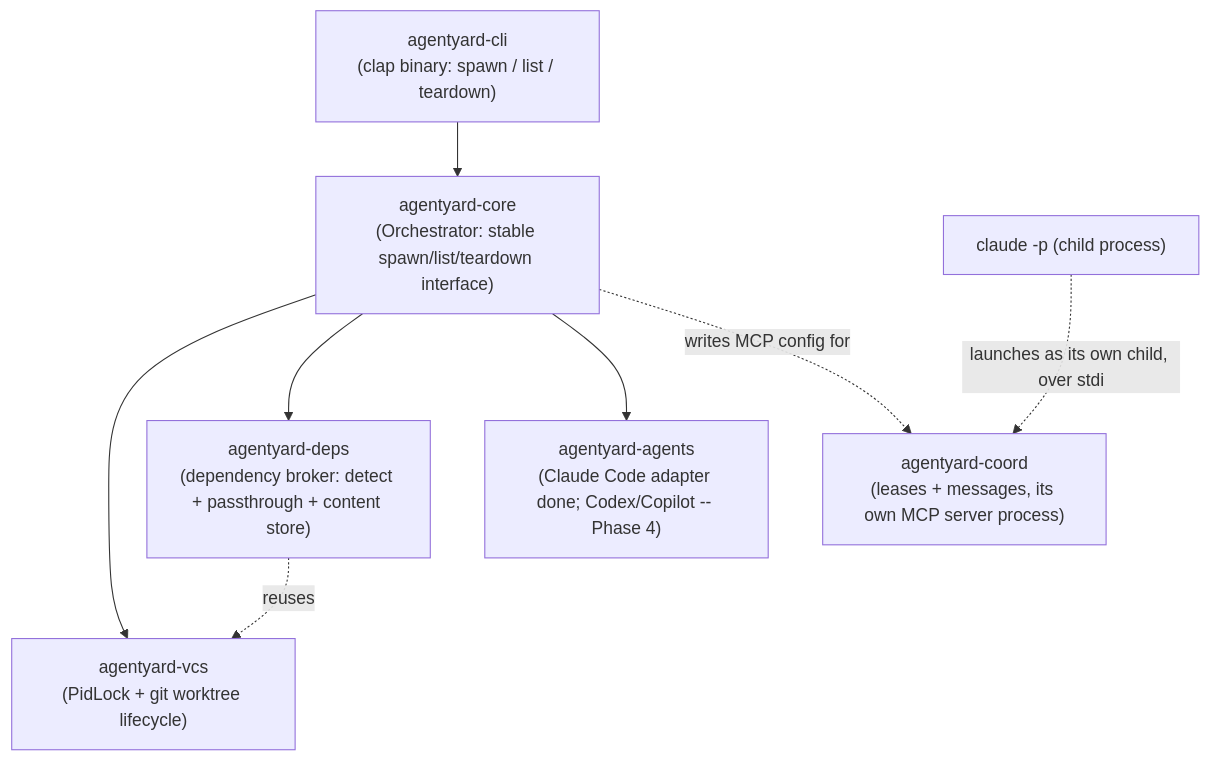
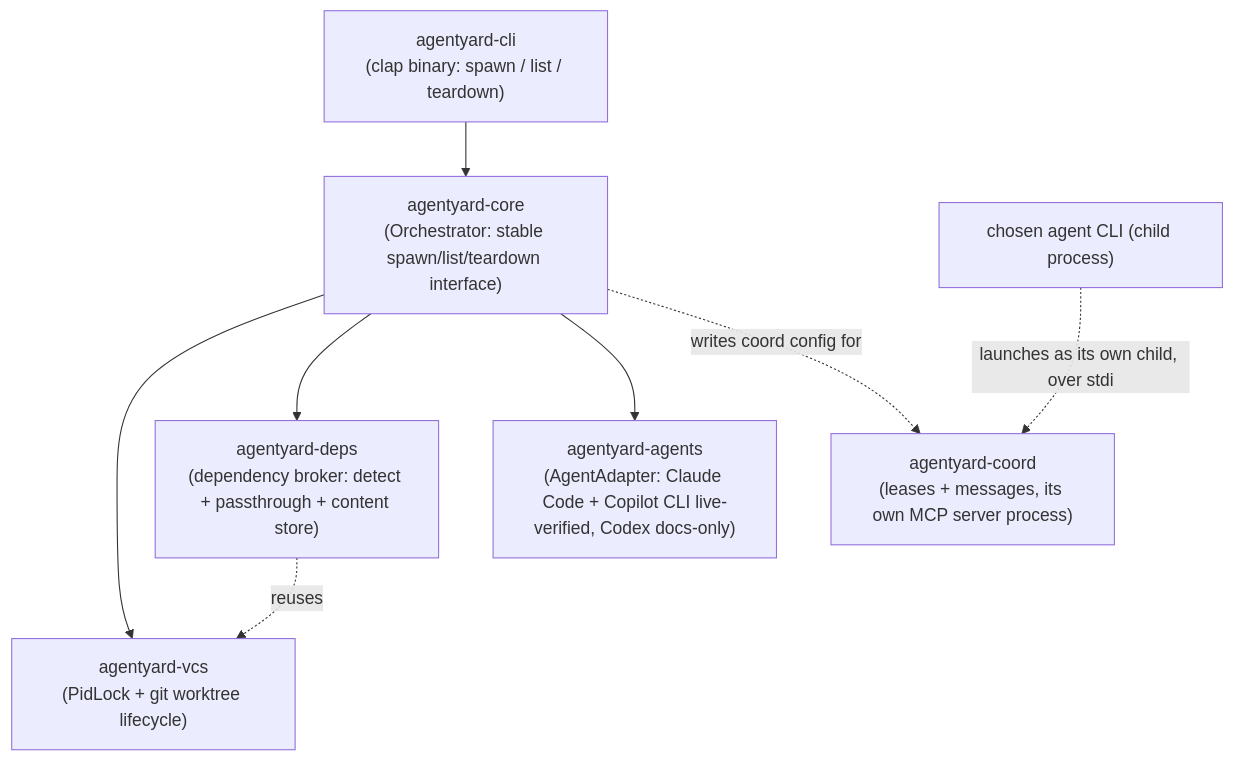
The first of 3 diagrams in README.md (zekariasasaminew/pact), drawn with Mermaid before and after one commit. The commit also changed other lines of this file, not shown here.

First line of the commit message:
Document Phase 4: Copilot CLI + Codex adapters, CLI polish

````diff
--- a/README.md
+++ b/README.md
@@ -186,17 +221,17 @@
 ```mermaid
 graph TD
     CLI["agentyard-cli<br/>(clap binary: spawn / list / teardown)"]
     Core["agentyard-core<br/>(Orchestrator: stable spawn/list/teardown interface)"]
     VCS["agentyard-vcs<br/>(PidLock + git worktree lifecycle)"]
     Deps["agentyard-deps<br/>(dependency broker: detect + passthrough + content store)"]
-    Agents["agentyard-agents<br/>(Claude Code adapter done; Codex/Copilot -- Phase 4)"]
+    Agents["agentyard-agents<br/>(AgentAdapter: Claude Code + Copilot CLI live-verified, Codex docs-only)"]
     Coord["agentyard-coord<br/>(leases + messages, its own MCP server process)"]
 
     CLI --> Core
     Core --> VCS
     Core --> Deps
     Core --> Agents
     Deps -.reuses.-> VCS
-    Core -.writes MCP config for.-> Coord
-    Agent2["claude -p (child process)"] -.launches as its own child, over stdio.-> Coord
+    Core -.writes coord config for.-> Coord
+    Agent2["chosen agent CLI (child process)"] -.launches as its own child, over stdio.-> Coord
 ```
````
